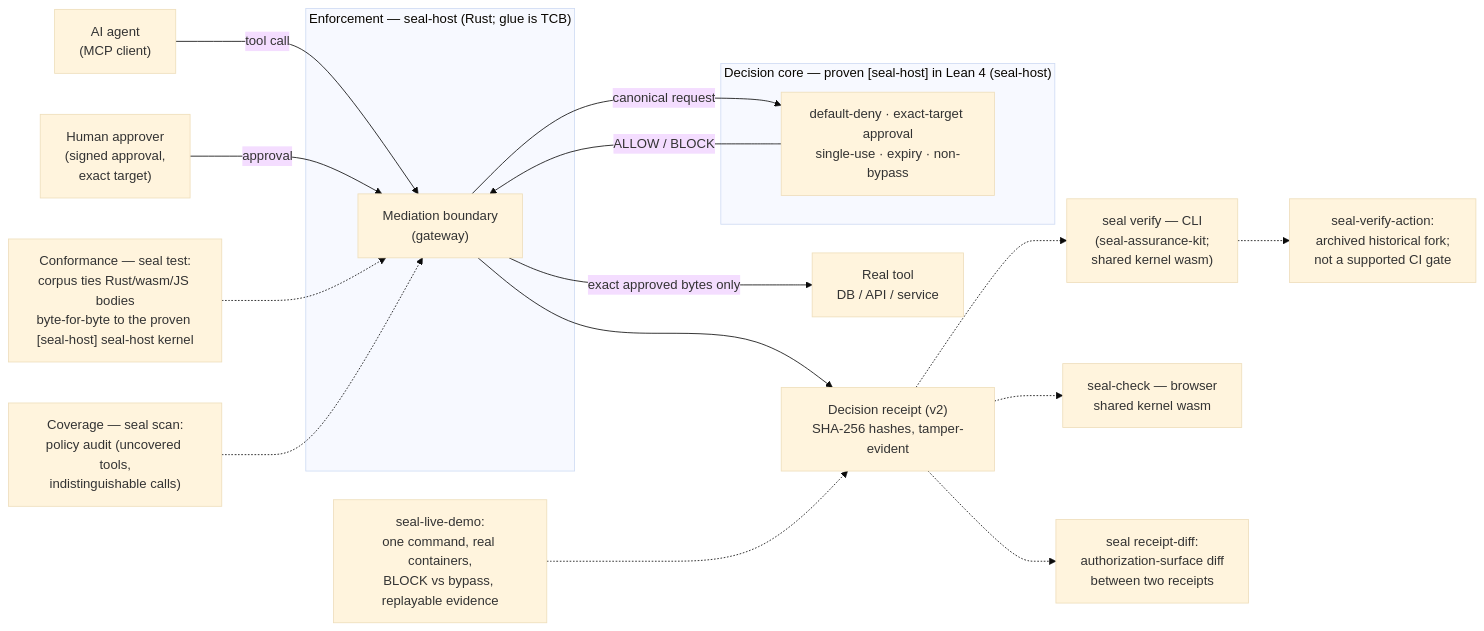
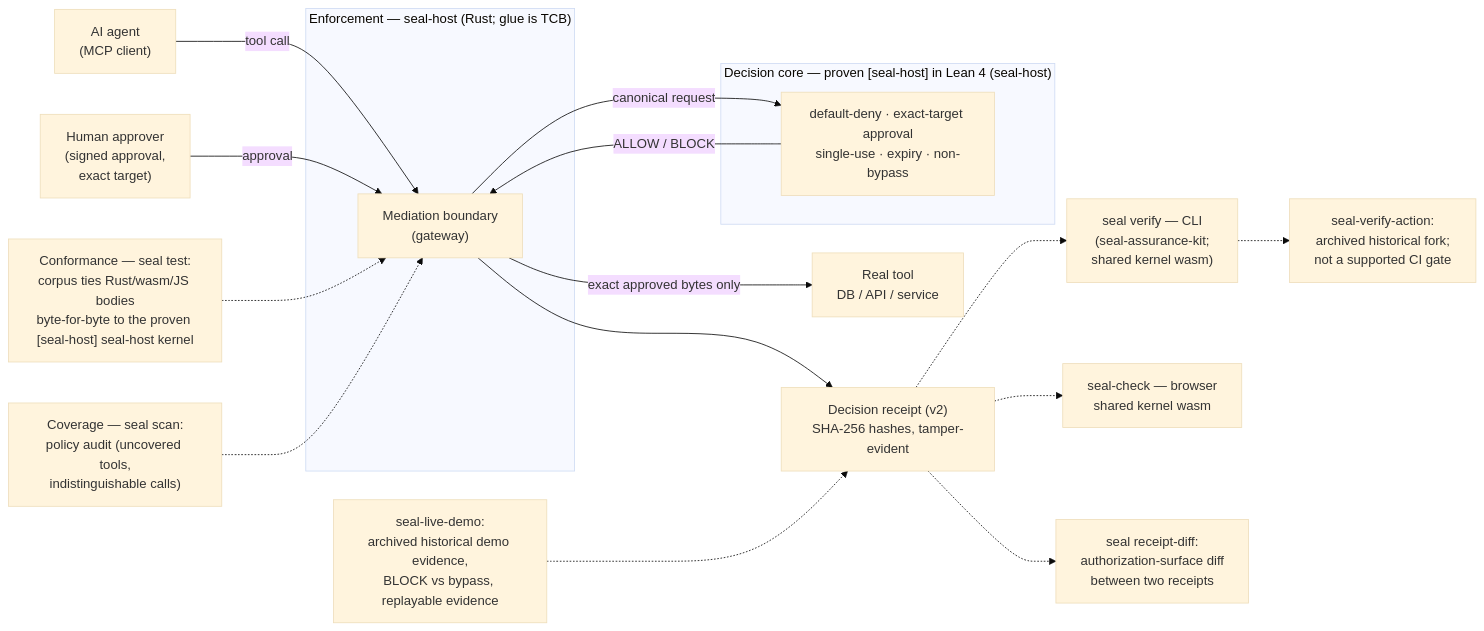
Before and after one commit to velvetmonkey/seal: the second of 2 diagrams in docs/assurance/architecture.md, drawn with Mermaid (base theme). The commit also changed 1 other file, not shown here.

Commit message:
docs: scope fleet links and archive live demo claim (#439)
* docs: mark archived demo and scope link claims

* Keep historical demo claim classified without widening it

* Correct archived demo and public analyzer claims

---------

````diff
--- a/docs/assurance/architecture.md
+++ b/docs/assurance/architecture.md
@@ -57,32 +57,32 @@
 ```mermaid
 flowchart LR
     agent["AI agent\n(MCP client)"]
     human["Human approver\n(signed approval,\nexact target)"]
     tool["Real tool\nDB / API / service"]
 
     subgraph host["Enforcement — seal-host (Rust; glue is TCB)"]
         gw["Mediation boundary\n(gateway)"]
     end
 
     subgraph kernel["Decision core — proven [seal-host] in Lean 4 (seal-host)"]
         core["default-deny · exact-target approval\nsingle-use · expiry · non-bypass"]
     end
 
     agent -->|tool call| gw
     human -->|approval| gw
     gw -->|canonical request| core
     core -->|ALLOW / BLOCK| gw
     gw -->|exact approved bytes only| tool
 
     receipt["Decision receipt (v2)\nSHA-256 hashes, tamper-evident"]
     gw --> receipt
     receipt -.-> verify["seal verify — CLI\n(seal-assurance-kit;\nshared kernel wasm)"]
     receipt -.-> browser["seal-check — browser\nshared kernel wasm"]
     receipt -.-> rdiff["seal receipt-diff:\nauthorization-surface diff\nbetween two receipts"]
     verify -.-> action["seal-verify-action:\narchived historical fork;\nnot a supported CI gate"]
 
     conf["Conformance — seal test:\ncorpus ties Rust/wasm/JS bodies\nbyte-for-byte to the proven [seal-host] seal-host kernel"] -.-> gw
     scan["Coverage — seal scan:\npolicy audit (uncovered tools,\nindistinguishable calls)"] -.-> gw
 
-    demo["seal-live-demo:\none command, real containers,\nBLOCK vs bypass, replayable evidence"] -.-> receipt
+    demo["seal-live-demo:\narchived historical demo evidence,\nBLOCK vs bypass, replayable evidence"] -.-> receipt
 ```
````
